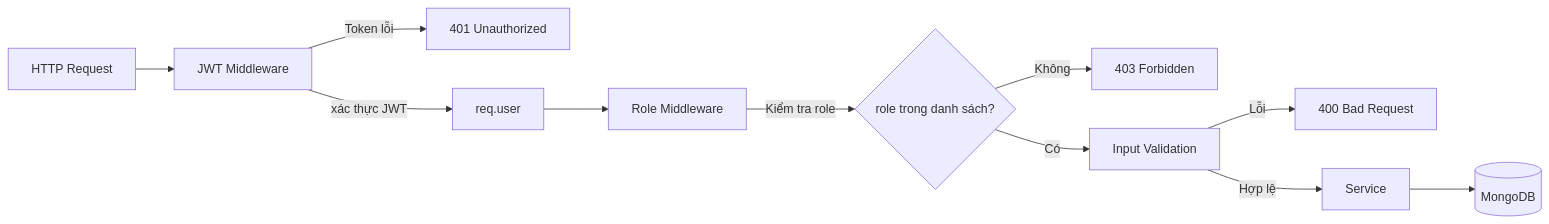
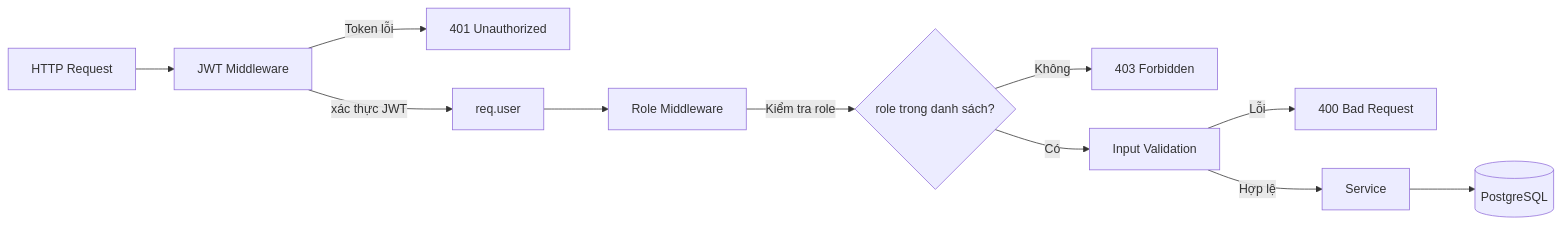
The sixth of 24 diagrams in docs/SDD.md (nghiaxh/hr-management), drawn with Mermaid before and after one commit. The commit also changed other lines of this file and 3 other files, not shown here.

First line of the commit message:
docs: update tech stack references to Spring Boot + PostgreSQL

````diff
--- a/docs/SDD.md
+++ b/docs/SDD.md
@@ -505,13 +505,13 @@
 ```mermaid
 graph LR
     REQ[HTTP Request] --> AUTH[JWT Middleware]
     AUTH -->|xác thực JWT| REQUSER[req.user]
     REQUSER --> ROLES[Role Middleware]
     ROLES -->|Kiểm tra role| CHECK{role trong danh sách?}
     CHECK -->|Có| VAL[Input Validation]
     CHECK -->|Không| 403[403 Forbidden]
     AUTH -->|Token lỗi| 401[401 Unauthorized]
     VAL -->|Hợp lệ| SRV[Service]
     VAL -->|Lỗi| 400[400 Bad Request]
-    SRV --> DB[(MongoDB)]
+    SRV --> DB[(PostgreSQL)]
 ```
````
